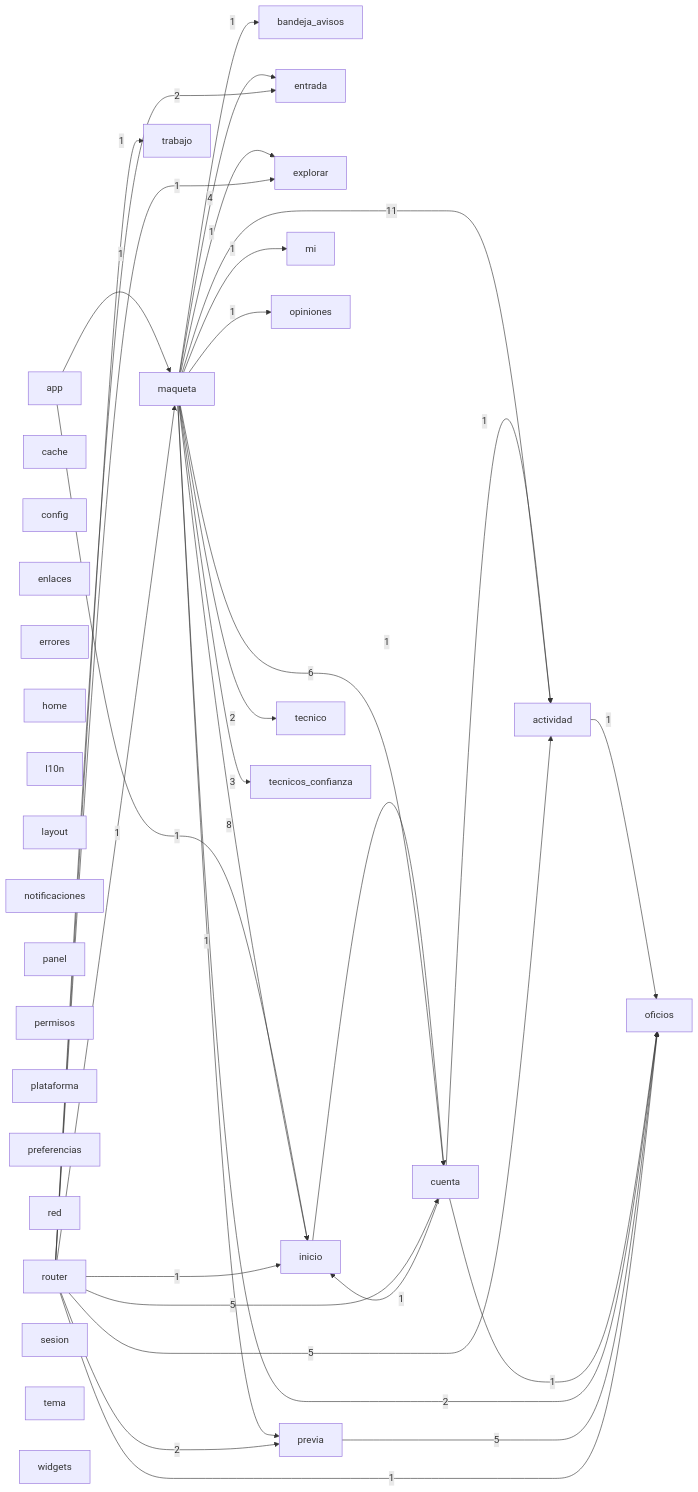
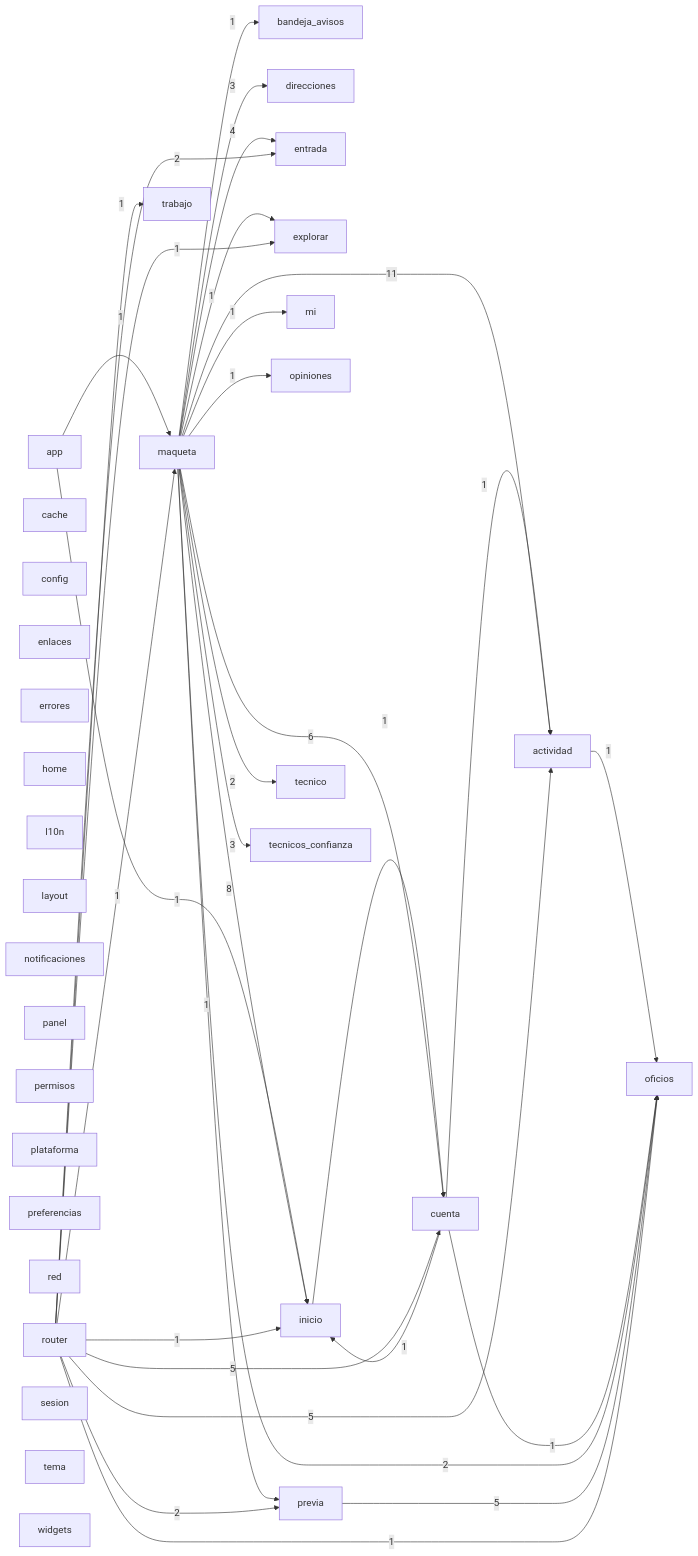
One commit to Tensei-Devs/knock-frontend changed the diagram in docs/architecture/modules.mmd. Above: the diagram before and after it, drawn with Mermaid. The commit also changed 22 other files, not shown here.

```diff
--- a/docs/architecture/modules.mmd
+++ b/docs/architecture/modules.mmd
@@ -1,62 +1,64 @@
 graph LR
   actividad["actividad"]
   app["app"]
   bandeja_avisos["bandeja_avisos"]
   cache["cache"]
   config["config"]
   cuenta["cuenta"]
+  direcciones["direcciones"]
   enlaces["enlaces"]
   entrada["entrada"]
   errores["errores"]
   explorar["explorar"]
   home["home"]
   inicio["inicio"]
   l10n["l10n"]
   layout["layout"]
   maqueta["maqueta"]
   mi["mi"]
   notificaciones["notificaciones"]
   oficios["oficios"]
   opiniones["opiniones"]
   panel["panel"]
   permisos["permisos"]
   plataforma["plataforma"]
   preferencias["preferencias"]
   previa["previa"]
   red["red"]
   router["router"]
   sesion["sesion"]
   tecnico["tecnico"]
   tecnicos_confianza["tecnicos_confianza"]
   tema["tema"]
   trabajo["trabajo"]
   widgets["widgets"]
   actividad -->|1| oficios
   app -->|1| inicio
   app -->|1| maqueta
   cuenta -->|1| actividad
   cuenta -->|1| inicio
   cuenta -->|1| oficios
   inicio -->|1| cuenta
   maqueta -->|11| actividad
   maqueta -->|1| bandeja_avisos
   maqueta -->|6| cuenta
+  maqueta -->|3| direcciones
   maqueta -->|4| entrada
   maqueta -->|1| explorar
   maqueta -->|8| inicio
   maqueta -->|1| mi
   maqueta -->|2| oficios
   maqueta -->|1| opiniones
   maqueta -->|1| previa
   maqueta -->|2| tecnico
   maqueta -->|3| tecnicos_confianza
   previa -->|5| oficios
   router -->|5| actividad
   router -->|5| cuenta
   router -->|2| entrada
   router -->|1| explorar
   router -->|1| inicio
   router -->|1| maqueta
   router -->|1| oficios
   router -->|2| previa
   router -->|1| trabajo
```
